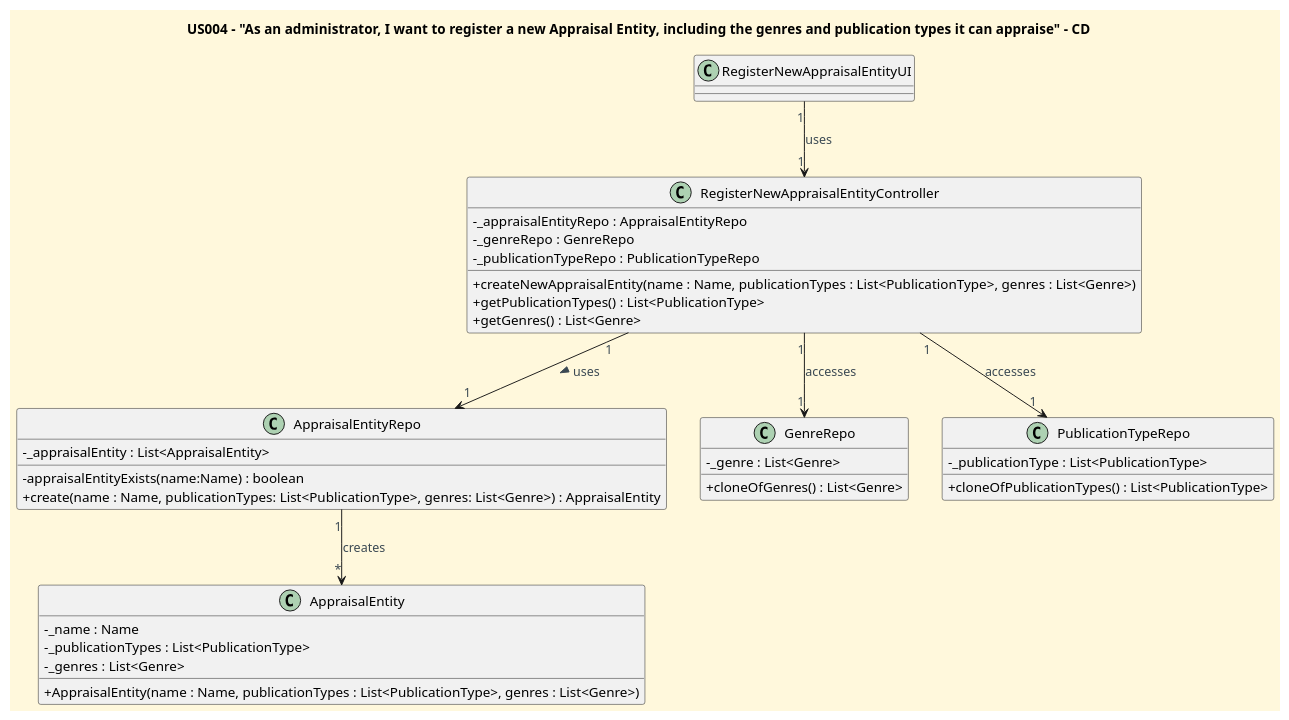
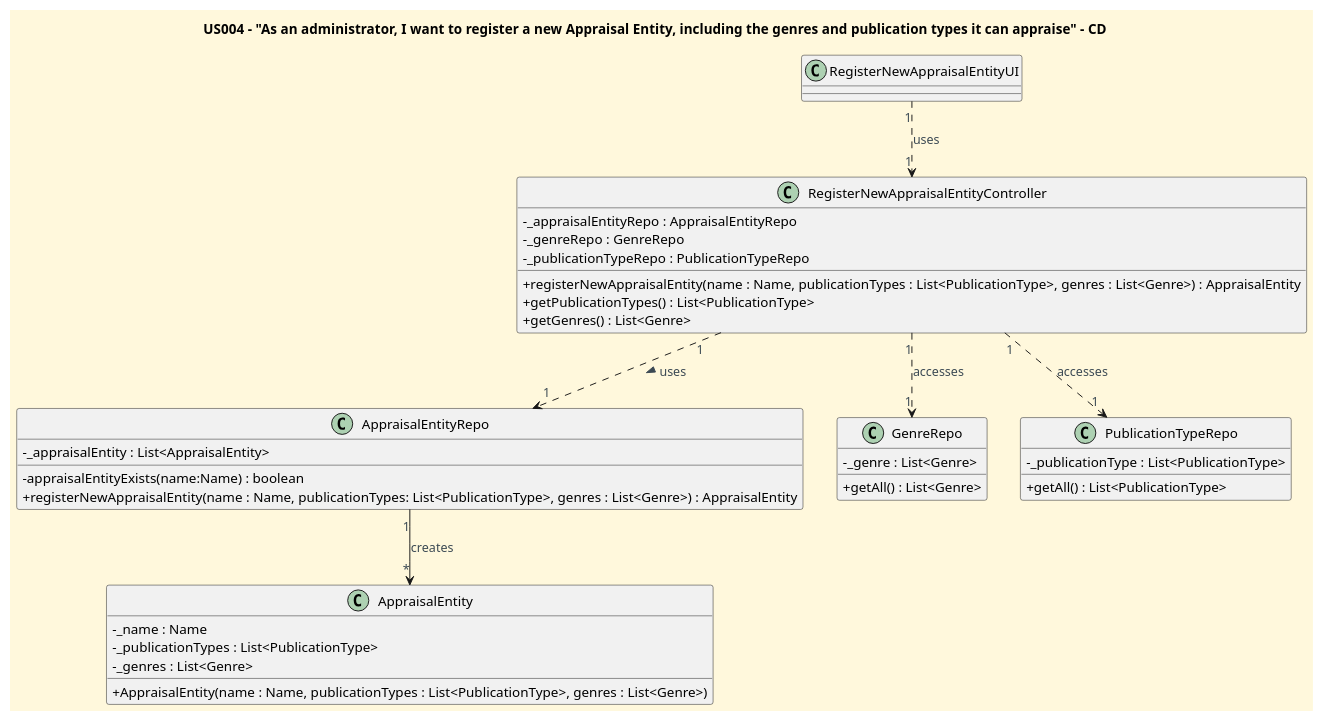
Before and after one commit to CarolinaLeite-collab/JavaMarketplacePlatform: the diagram in docs/userStories/US004/US004_register_new_appraisal_entity_CD.puml, drawn with PlantUML. The commit also changed 1 other file, not shown here.

Commit message:
Refs #103: Adds fixed SD and CD diagram for US004

```diff
--- a/docs/userStories/US004/US004_register_new_appraisal_entity_CD.puml
+++ b/docs/userStories/US004/US004_register_new_appraisal_entity_CD.puml
@@ -1,59 +1,59 @@
 @startuml
 'https://plantuml.com/class-diagram
 title US004 – "As an administrator, I want to register a new Appraisal Entity, including the genres and publication types it can appraise" - CD
 
 
 '==== basic style ====
 skinparam monochrome false
 skinparam shadowing false
 skinparam defaultFontName Futura
 skinparam objectFontSize 20
 skinparam backgroundColor CornSilk
 skinparam objectBackgroundColor WhiteSmoke
 skinparam noteBackgroundColor #FFFFE0
 skinparam ArrowFontColor #3B4953
 skinparam ActivationBackgroundColor black
 skinparam classAttributeIconSize 0
 
 class RegisterNewAppraisalEntityUI {
 }
 
 class RegisterNewAppraisalEntityController {
 - _appraisalEntityRepo : AppraisalEntityRepo
 - _genreRepo : GenreRepo
 - _publicationTypeRepo : PublicationTypeRepo
-+ createNewAppraisalEntity(name : Name, publicationTypes : List<PublicationType>, genres : List<Genre>)
++ registerNewAppraisalEntity(name : Name, publicationTypes : List<PublicationType>, genres : List<Genre>) : AppraisalEntity
 + getPublicationTypes() : List<PublicationType>
 + getGenres() : List<Genre>
 }
 
 class AppraisalEntityRepo {
 -_appraisalEntity : List<AppraisalEntity>
 - appraisalEntityExists(name:Name) : boolean
-+ create(name : Name, publicationTypes: List<PublicationType>, genres: List<Genre>) : AppraisalEntity
++ registerNewAppraisalEntity(name : Name, publicationTypes: List<PublicationType>, genres : List<Genre>) : AppraisalEntity
 }
 
 class GenreRepo {
 - _genre : List<Genre>
-+ cloneOfGenres() : List<Genre>
++ getAll() : List<Genre>
 }
 
 class PublicationTypeRepo {
 -_publicationType : List<PublicationType>
-+ cloneOfPublicationTypes() : List<PublicationType>
++ getAll() : List<PublicationType>
 }
 
 class AppraisalEntity{
 - _name : Name
 - _publicationTypes : List<PublicationType>
 - _genres : List<Genre>
 + AppraisalEntity(name : Name, publicationTypes : List<PublicationType>, genres : List<Genre>)
 }
 
-RegisterNewAppraisalEntityUI "1" --> "1" RegisterNewAppraisalEntityController : uses
-RegisterNewAppraisalEntityController "1" --> "1" GenreRepo : accesses
-RegisterNewAppraisalEntityController "1" --> "1" PublicationTypeRepo : accesses
-RegisterNewAppraisalEntityController "1" --> "1"AppraisalEntityRepo : uses >
+RegisterNewAppraisalEntityUI "1" ..> "1" RegisterNewAppraisalEntityController : uses
+RegisterNewAppraisalEntityController "1" ..> "1" GenreRepo : accesses
+RegisterNewAppraisalEntityController "1" ..> "1" PublicationTypeRepo : accesses
+RegisterNewAppraisalEntityController "1" ..> "1"AppraisalEntityRepo : uses >
 AppraisalEntityRepo "1" --> "*" AppraisalEntity : creates
 
 @enduml
```
